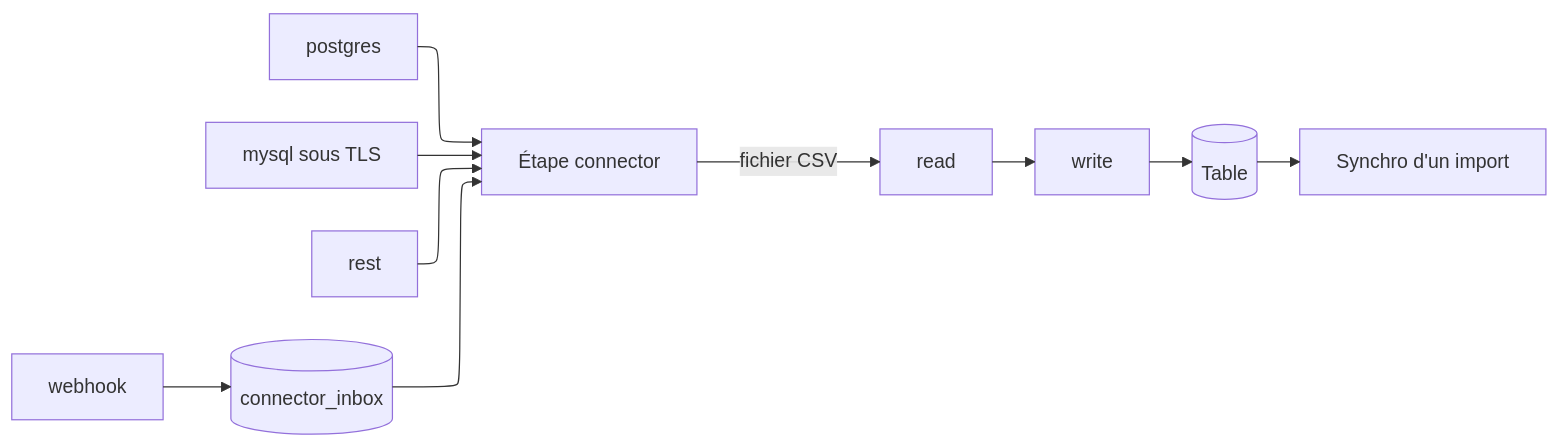
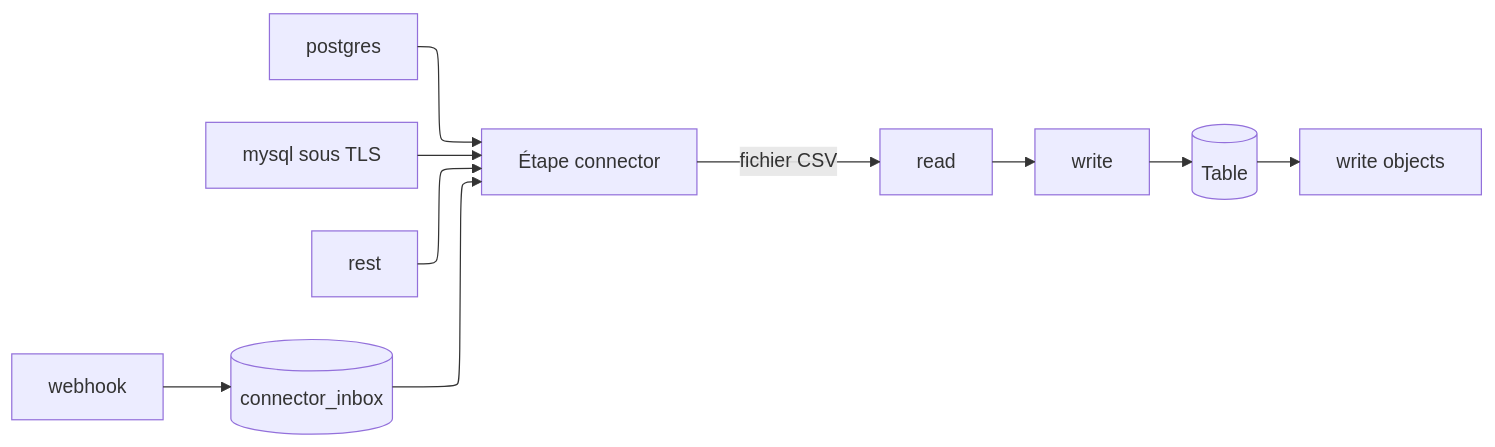
Before and after one commit to Pnex/pnex-rs: diagram 13 of 18 in docs/architecture/pipelines.md, drawn with Mermaid. The commit also changed other lines of this file and 66 other files, not shown here.

````diff
--- a/docs/architecture/pipelines.md
+++ b/docs/architecture/pipelines.md
@@ -322,16 +322,16 @@
 ```mermaid
 ---
 config:
   layout: elk
 ---
 flowchart LR
   pg[postgres] --> q[Étape connector]
   my[mysql sous TLS] --> q
   rest[rest] --> q
   wh[webhook] --> box[(connector_inbox)]
   box --> q
   q -->|fichier CSV| rd[read]
   rd --> w[write]
   w --> tab[(Table)]
-  tab --> sync[Synchro d'un import]
+  tab --> obj[write objects]
 ```
````
